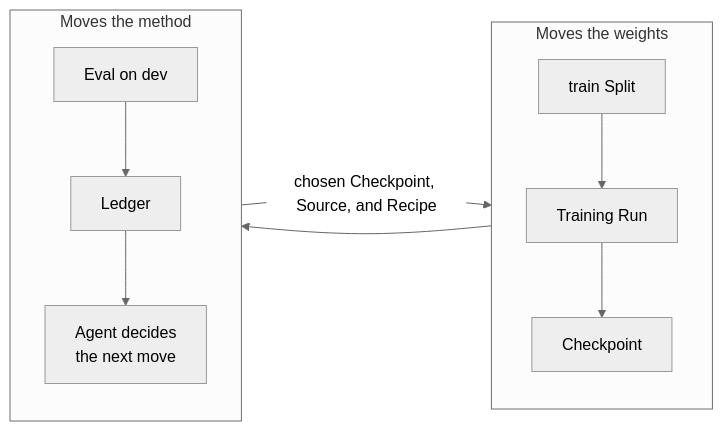
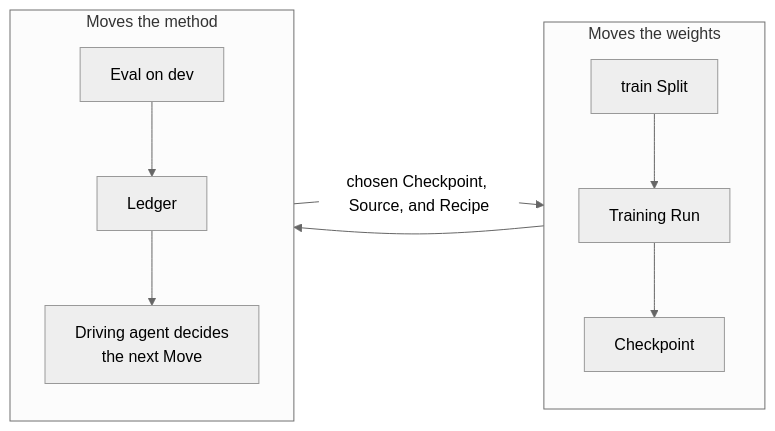
One commit to Monte-Inc/internal-monte-platform-docs changed the first of 2 diagrams in concepts/improvement.mdx. Above: the diagram before and after it, drawn with Mermaid (neutral theme). The commit also changed other lines of this file and 12 other files, not shown here.

````diff
--- a/concepts/improvement.mdx
+++ b/concepts/improvement.mdx
@@ -11,13 +11,13 @@
 ```mermaid actions={false}
 flowchart LR
     subgraph INNER["Moves the weights"]
         direction TB
         TRAIN["train Split"] --> RUN["Training Run"] --> CKPT["Checkpoint"]
     end
     subgraph OUTER["Moves the method"]
         direction TB
-        EVAL["Eval on dev"] --> LEDGER["Ledger"] --> AGENT["Agent decides<br/>the next move"]
+        EVAL["Eval on dev"] --> LEDGER["Ledger"] --> AGENT["Driving agent decides<br/>the next Move"]
     end
     CKPT --> EVAL
     AGENT -->|"chosen Checkpoint, Source, and Recipe"| RUN
 ```
````
